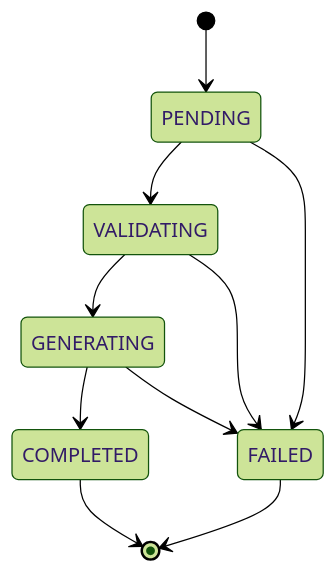
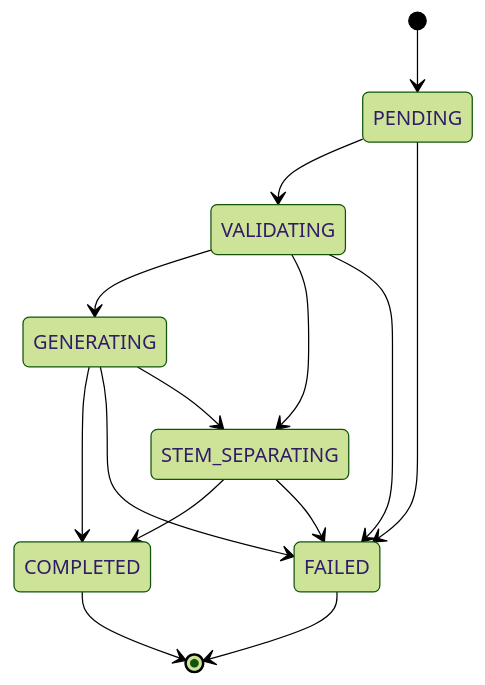
Before and after one commit to DohaStudio/DohaMusic: the diagram in docs/07-database/job-state-model.md, drawn with Mermaid (forest theme). The commit also changed other lines of this file and 71 other files, not shown here.

````diff
--- a/docs/07-database/job-state-model.md
+++ b/docs/07-database/job-state-model.md
@@ -6,12 +6,16 @@
 ```mermaid
 stateDiagram-v2
   [*] --> PENDING
   PENDING --> VALIDATING
   PENDING --> FAILED
   VALIDATING --> GENERATING
+  VALIDATING --> STEM_SEPARATING
   VALIDATING --> FAILED
   GENERATING --> COMPLETED
   GENERATING --> FAILED
+  GENERATING --> STEM_SEPARATING
+  STEM_SEPARATING --> COMPLETED
+  STEM_SEPARATING --> FAILED
   COMPLETED --> [*]
   FAILED --> [*]
 ```
````
